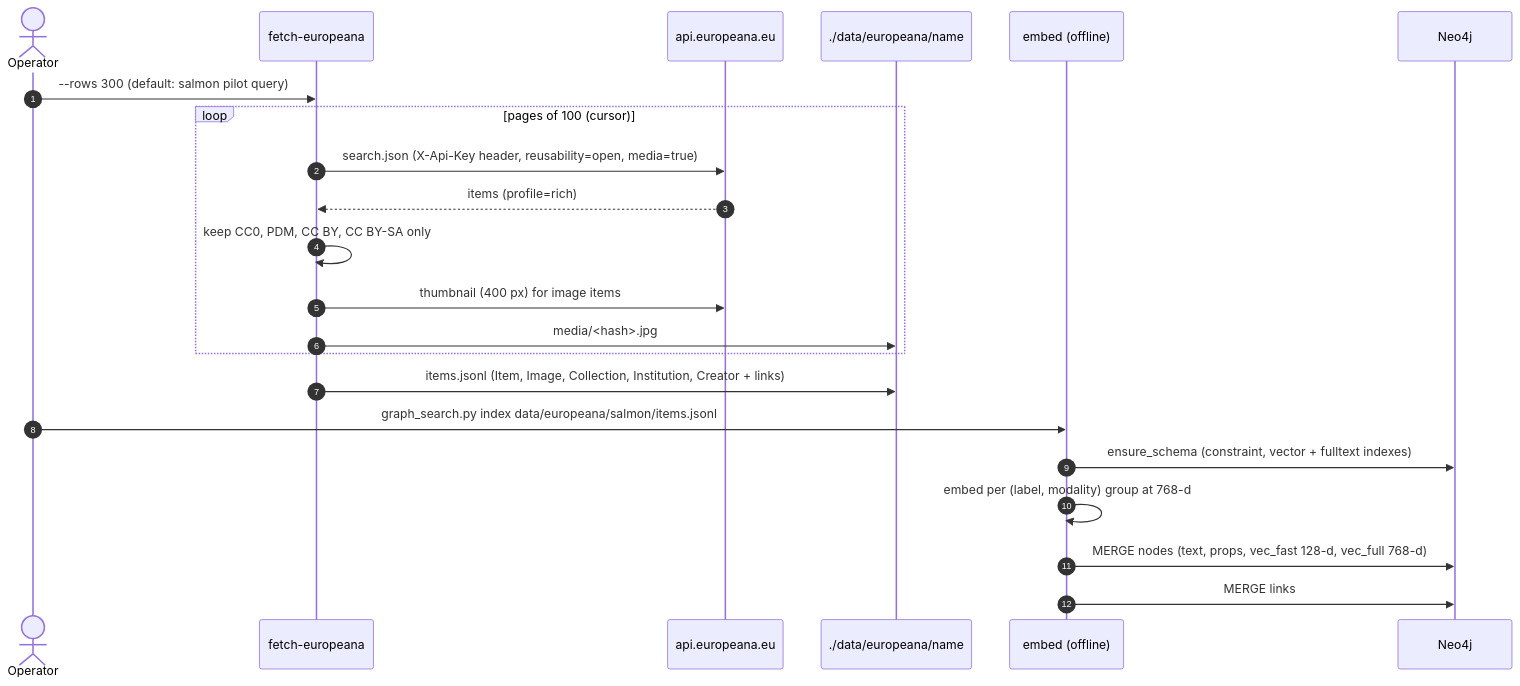
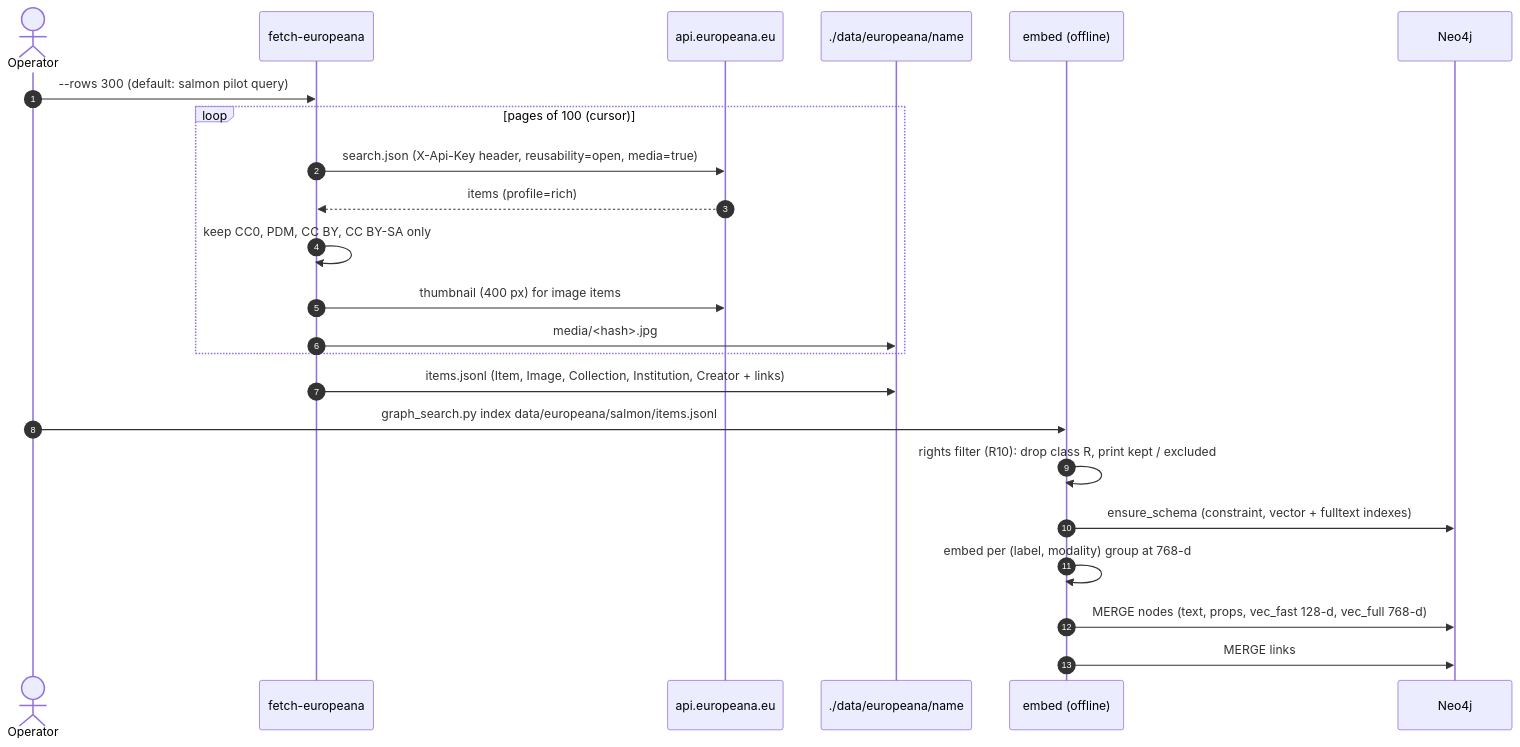
One commit to teamworxAI/campus-ai changed the fourth of 7 diagrams in docs/architecture.md. Above: the diagram before and after it, drawn with Mermaid. The commit also changed other lines of this file and 8 other files, not shown here.

First line of the commit message:
Add rights filter ahead of collections indexing (R10)

````diff
--- a/docs/architecture.md
+++ b/docs/architecture.md
@@ -238,25 +239,26 @@
 ```mermaid
 sequenceDiagram
     autonumber
     actor Op as Operator
     participant FE as fetch-europeana
     participant API as api.europeana.eu
     participant Disk as ./data/europeana/name
     participant EMB as embed (offline)
     participant NEO as Neo4j
 
     Op->>FE: --rows 300 (default: salmon pilot query)
     loop pages of 100 (cursor)
         FE->>API: search.json (X-Api-Key header, reusability=open, media=true)
         API-->>FE: items (profile=rich)
         FE->>FE: keep CC0, PDM, CC BY, CC BY-SA only
         FE->>API: thumbnail (400 px) for image items
         FE->>Disk: media/<hash>.jpg
     end
     FE->>Disk: items.jsonl (Item, Image, Collection, Institution, Creator + links)
     Op->>EMB: graph_search.py index data/europeana/salmon/items.jsonl
+    EMB->>EMB: rights filter (R10): drop class R, print kept / excluded
     EMB->>NEO: ensure_schema (constraint, vector + fulltext indexes)
     EMB->>EMB: embed per (label, modality) group at 768-d
     EMB->>NEO: MERGE nodes (text, props, vec_fast 128-d, vec_full 768-d)
     EMB->>NEO: MERGE links
 ```
````
